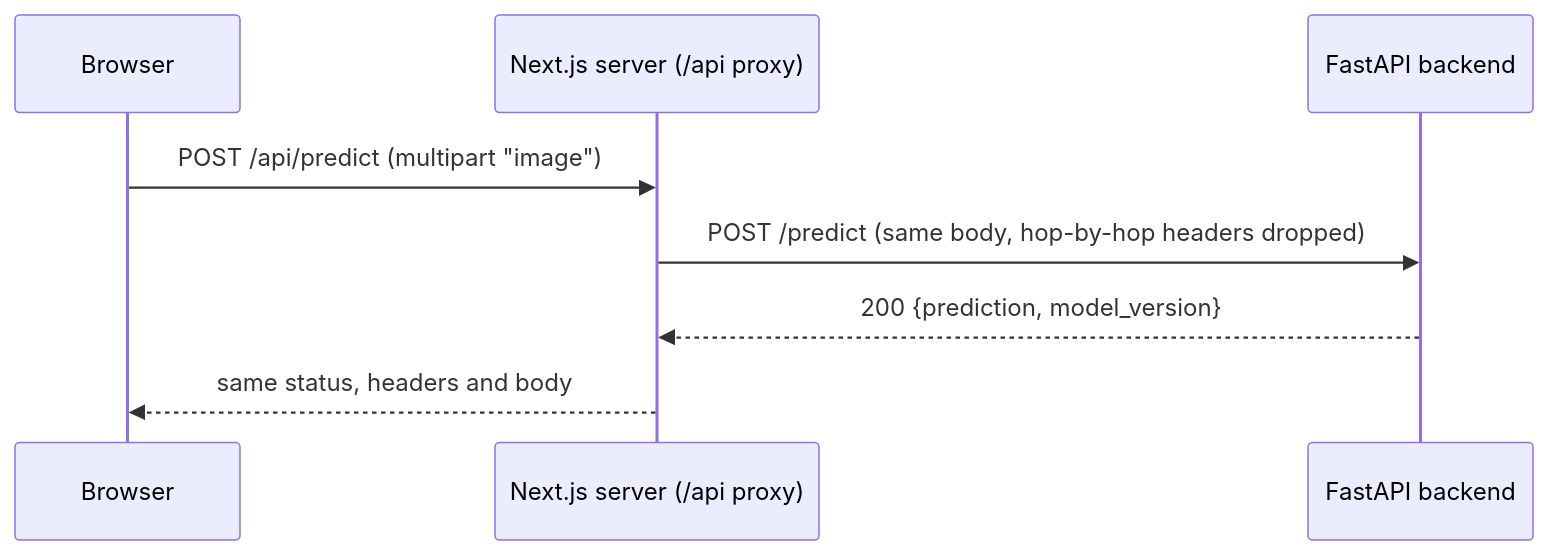
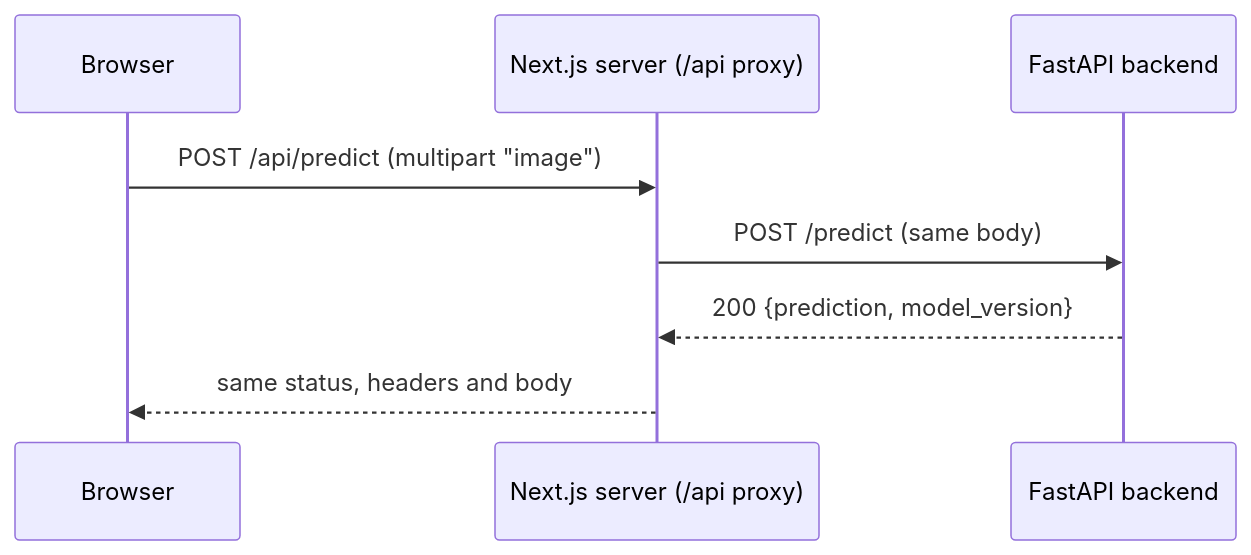
Before and after one commit to muhammadov-q/team4: the diagram in docs/architecture/frontend.md, drawn with Mermaid. The commit also changed other lines of this file and 23 other files, not shown here.

````diff
--- a/docs/architecture/frontend.md
+++ b/docs/architecture/frontend.md
@@ -7,10 +7,10 @@
 ```mermaid
 sequenceDiagram
     participant B as Browser
     participant N as Next.js server (/api proxy)
     participant F as FastAPI backend
     B->>N: POST /api/predict (multipart "image")
-    N->>F: POST /predict (same body, hop-by-hop headers dropped)
+    N->>F: POST /predict (same body)
     F-->>N: 200 {prediction, model_version}
     N-->>B: same status, headers and body
 ```
````
